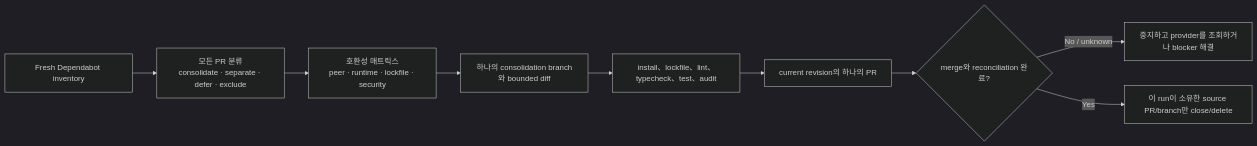
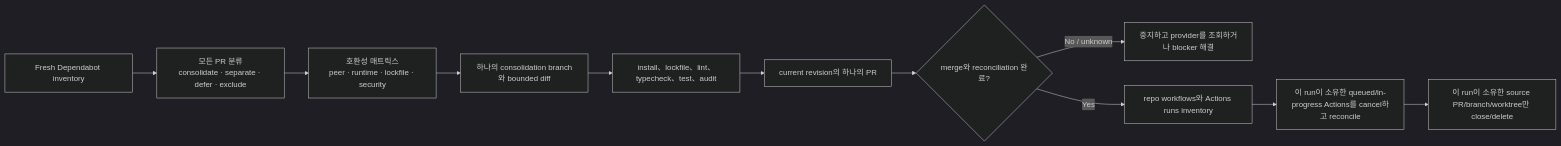
The second of 2 diagrams in docs/README.ko.md (stephen-taipei/better-workflows), drawn with Mermaid (dark theme) before and after one commit. The commit also changed other lines of this file and 6 other files, not shown here.

````diff
--- a/docs/README.ko.md
+++ b/docs/README.ko.md
@@ -171,11 +171,13 @@
 ```mermaid
 flowchart LR
   A["Fresh Dependabot inventory"] --> B["모든 PR 분류\nconsolidate · separate · defer · exclude"]
   B --> C["호환성 매트릭스\npeer · runtime · lockfile · security"]
   C --> D["하나의 consolidation branch와 bounded diff"]
   D --> E["install、lockfile、lint、typecheck、test、audit"]
   E --> F["current revision의 하나의 PR"]
   F --> G{"merge와 reconciliation 완료?"}
   G -- "No / unknown" --> H["중지하고 provider를 조회하거나 blocker 해결"]
-  G -- "Yes" --> I["이 run이 소유한 source PR/branch만 close/delete"]
+  G -- "Yes" --> J["repo workflows와 Actions runs inventory"]
+  J --> K["이 run이 소유한 queued/in-progress Actions를 cancel하고 reconcile"]
+  K --> I["이 run이 소유한 source PR/branch/worktree만 close/delete"]
 ```
````
